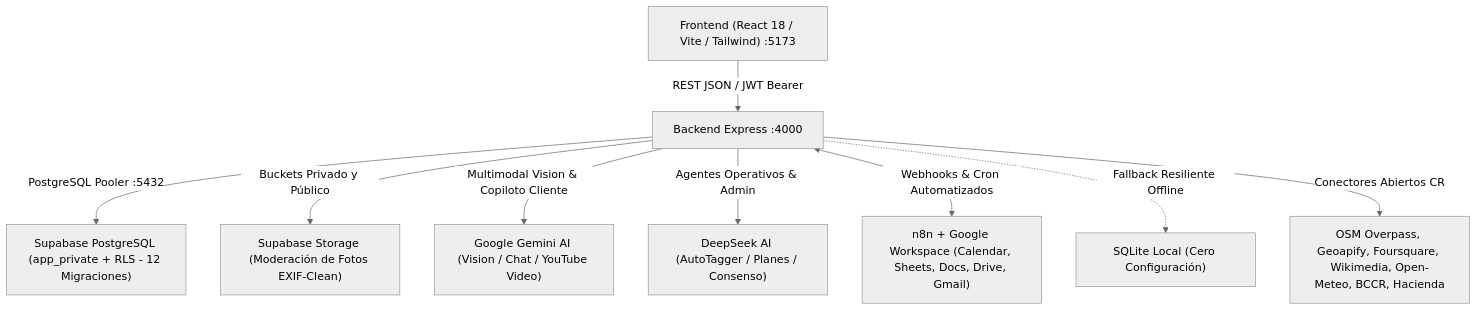
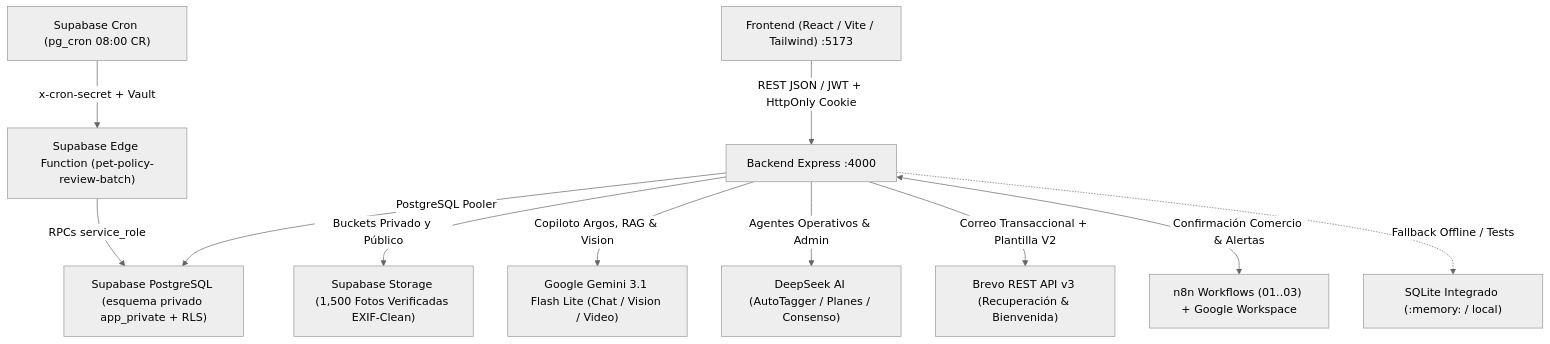
One commit to danielramirez272006-arch/proyecto-sn changed the diagram in README.md. Above: the diagram before and after it, drawn with Mermaid (neutral theme). The commit also changed other lines of this file and 2 other files, not shown here.

Commit message:
docs(readme): update project, backend, and Supabase READMEs for Synodos Pet OS

````diff
--- a/README.md
+++ b/README.md
@@ -11,11 +11,13 @@
 ```mermaid
 graph TD
-    FE["Frontend (React 18 / Vite / Tailwind) :5173"] -->|REST JSON / JWT Bearer| BE["Backend Express :4000"]
-    BE -->|PostgreSQL Pooler :5432| SB_DB["Supabase PostgreSQL (app_private + RLS - 12 Migraciones)"]
-    BE -->|Buckets Privado y Público| SB_ST["Supabase Storage (Moderación de Fotos EXIF-Clean)"]
-    BE -->|Multimodal Vision & Copiloto Cliente| GEM["Google Gemini AI (Vision / Chat / YouTube Video)"]
+    FE["Frontend (React / Vite / Tailwind) :5173"] -->|REST JSON / JWT + HttpOnly Cookie| BE["Backend Express :4000"]
+    BE -->|PostgreSQL Pooler| SB_DB["Supabase PostgreSQL (esquema privado app_private + RLS)"]
+    BE -->|Buckets Privado y Público| SB_ST["Supabase Storage (1,500 Fotos Verificadas EXIF-Clean)"]
+    BE -->|Copiloto Argos, RAG & Vision| GEM["Google Gemini 3.1 Flash Lite (Chat / Vision / Video)"]
     BE -->|Agentes Operativos & Admin| DS["DeepSeek AI (AutoTagger / Planes / Consenso)"]
-    BE <-->|Webhooks & Cron Automatizados| N8N["n8n + Google Workspace (Calendar, Sheets, Docs, Drive, Gmail)"]
-    BE -.->|Fallback Resiliente Offline| SQLITE["SQLite Local (Cero Configuración)"]
-    BE -->|Conectores Abiertos CR| EXT["OSM Overpass, Geoapify, Foursquare, Wikimedia, Open-Meteo, BCCR, Hacienda"]
+    BE -->|Correo Transaccional + Plantilla V2| BREVO["Brevo REST API v3 (Recuperación & Bienvenida)"]
+    SB_CRON["Supabase Cron (pg_cron 08:00 CR)"] -->|x-cron-secret + Vault| SB_EF["Supabase Edge Function (pet-policy-review-batch)"]
+    SB_EF -->|RPCs service_role| SB_DB
+    BE <-->|Confirmación Comercio & Alertas| N8N["n8n Workflows (01..03) + Google Workspace"]
+    BE -.->|Fallback Offline / Tests| SQLITE["SQLite Integrado (:memory: / local)"]
 ```
````
